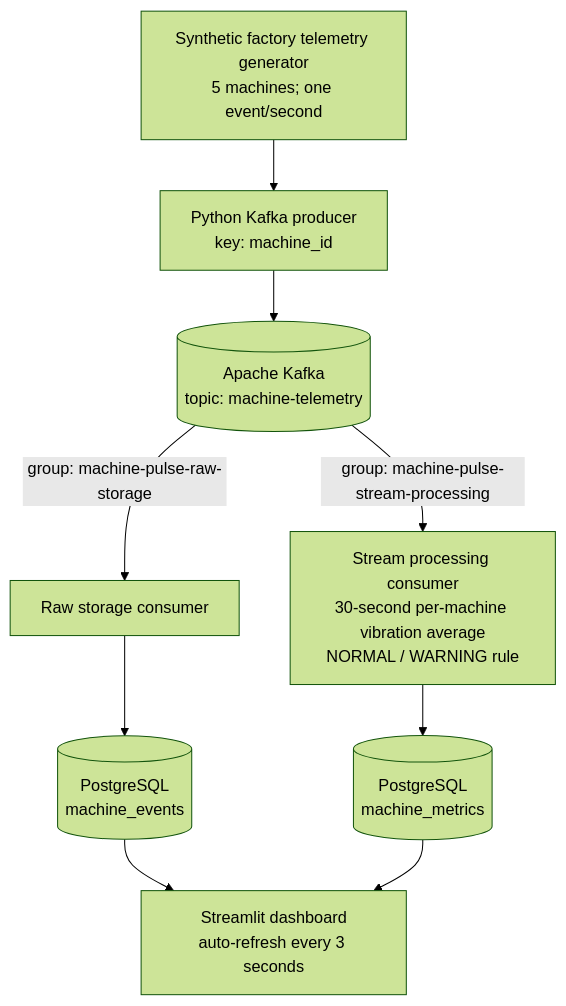
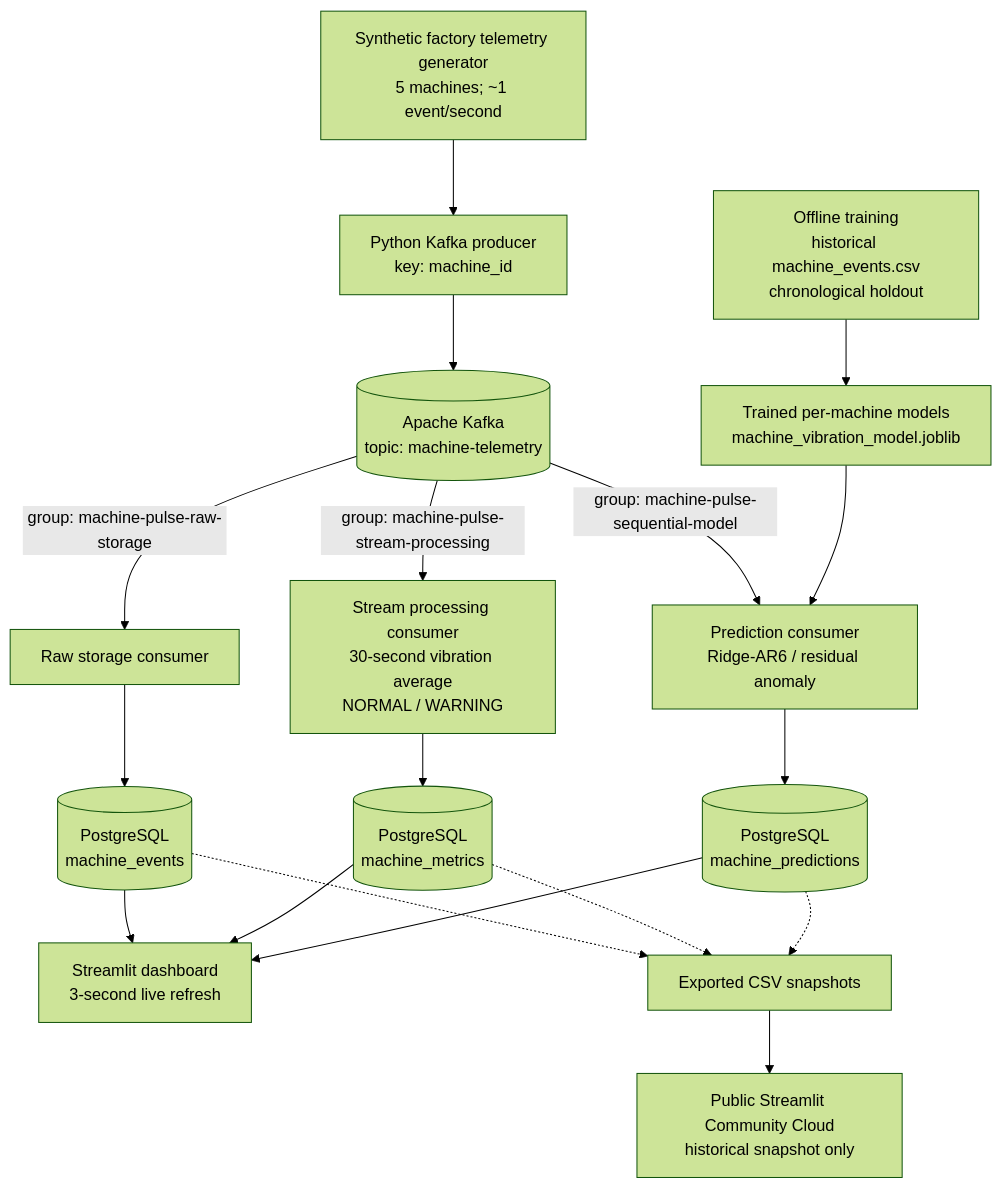
One commit to ZhihaoZhou0/machine-pulse-kafka changed the diagram in README.md. Above: the diagram before and after it, drawn with Mermaid (forest theme). The commit also changed other lines of this file and 11 other files, not shown here.

Commit message:
Add Kafka sequential modeling and predictive maintenance dashboard

````diff
--- a/README.md
+++ b/README.md
@@ -17,11 +21,20 @@
 ```mermaid
 flowchart TD
-    A["Synthetic factory telemetry generator<br/>5 machines; one event/second"] --> B["Python Kafka producer<br/>key: machine_id"]
+    A["Synthetic factory telemetry generator<br/>5 machines; ~1 event/second"] --> B["Python Kafka producer<br/>key: machine_id"]
     B --> K[("Apache Kafka<br/>topic: machine-telemetry")]
     K -->|"group: machine-pulse-raw-storage"| C["Raw storage consumer"]
-    K -->|"group: machine-pulse-stream-processing"| D["Stream processing consumer<br/>30-second per-machine vibration average<br/>NORMAL / WARNING rule"]
+    K -->|"group: machine-pulse-stream-processing"| D["Stream processing consumer<br/>30-second vibration average<br/>NORMAL / WARNING"]
+    K -->|"group: machine-pulse-sequential-model"| P["Prediction consumer<br/>Ridge-AR6 / residual anomaly"]
+    M["Offline training<br/>historical machine_events.csv<br/>chronological holdout"] --> J["Trained per-machine models<br/>machine_vibration_model.joblib"]
+    J --> P
     C --> E[("PostgreSQL<br/>machine_events")]
     D --> F[("PostgreSQL<br/>machine_metrics")]
-    E --> G["Streamlit dashboard<br/>auto-refresh every 3 seconds"]
+    P --> H[("PostgreSQL<br/>machine_predictions")]
+    E --> G["Streamlit dashboard<br/>3-second live refresh"]
     F --> G
+    H --> G
+    E -.-> X["Exported CSV snapshots"]
+    F -.-> X
+    H -.-> X
+    X --> Y["Public Streamlit Community Cloud<br/>historical snapshot only"]
 ```
````
